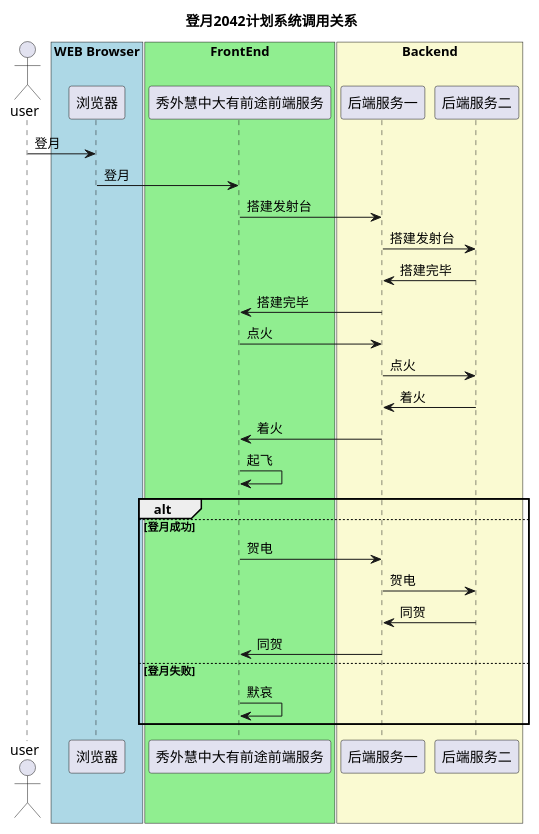
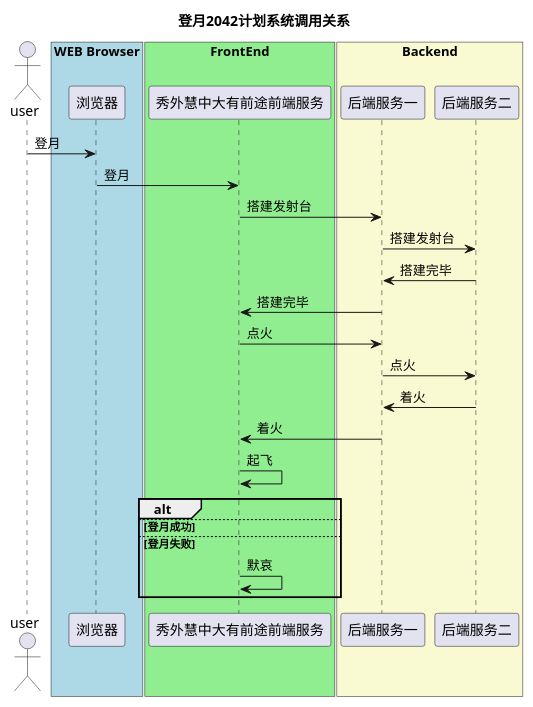
The diagram in draw/plantuml/20210916-test.puml (LangInteger/learning), drawn with PlantUML before and after one commit.

```diff
--- a/draw/plantuml/20210916-test.puml
+++ b/draw/plantuml/20210916-test.puml
@@ -1,50 +1,47 @@
 @startuml
 
 title 登月2042计划系统调用关系
 
 actor user as u
 participant 浏览器 as b
 
 box "WEB Browser" #LightBlue
  participant b
 end box
 
 participant 秀外慧中大有前途前端服务 as bu
 
 box "FrontEnd" #LightGreen
  participant bu
 end box
 
 participant 后端服务一 as t
 participant 后端服务二 as p
 
 box "Backend" #LightGoldenRodYellow
   participant t
   participant p
 end box
 
 u -> b: 登月
 b -> bu: 登月
 bu -> t: 搭建发射台
 t -> p: 搭建发射台
 p -> t: 搭建完毕
 t -> bu: 搭建完毕
 
 bu -> t: 点火
 t -> p: 点火
 p -> t: 着火
 t -> bu: 着火
 
 bu -> bu: 起飞
 
 alt 
 else 登月成功
-  bu -> t: 贺电
-  t -> p: 贺电
-  p -> t: 同贺
-  t -> bu: 同贺
+
 
 else 登月失败
   bu -> bu: 默哀
 end
 @enduml
```
